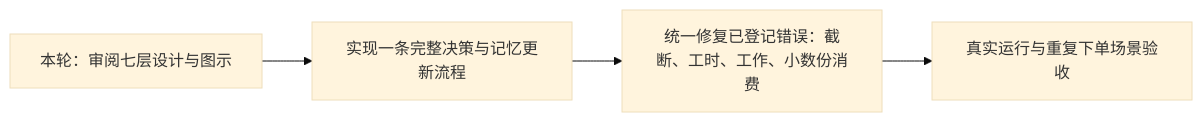
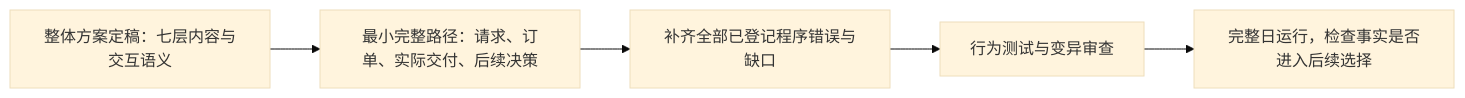
Before and after one commit to HoldThatThgt/WorldMock: the seventh of 7 diagrams in docs/dev/PROPOSAL-decision-context.md, drawn with Mermaid (base theme). The commit also changed other lines of this file and 2 other files, not shown here.

````diff
--- a/docs/dev/PROPOSAL-decision-context.md
+++ b/docs/dev/PROPOSAL-decision-context.md
@@ -256,6 +368,7 @@
 ```mermaid
 flowchart LR
-    A[本轮：审阅七层设计与图示] --> B[实现一条完整决策与记忆更新流程]
-    B --> C[统一修复已登记错误：截断、工时、工作、小数份消费]
-    C --> D[真实运行与重复下单场景验收]
+    A[整体方案定稿：七层内容与交互语义] --> B[最小完整路径：请求、订单、实际交付、后续决策]
+    B --> C[补齐全部已登记程序错误与缺口]
+    C --> D[行为测试与变异审查]
+    D --> E[完整日运行，检查事实是否进入后续选择]
 ```
````
